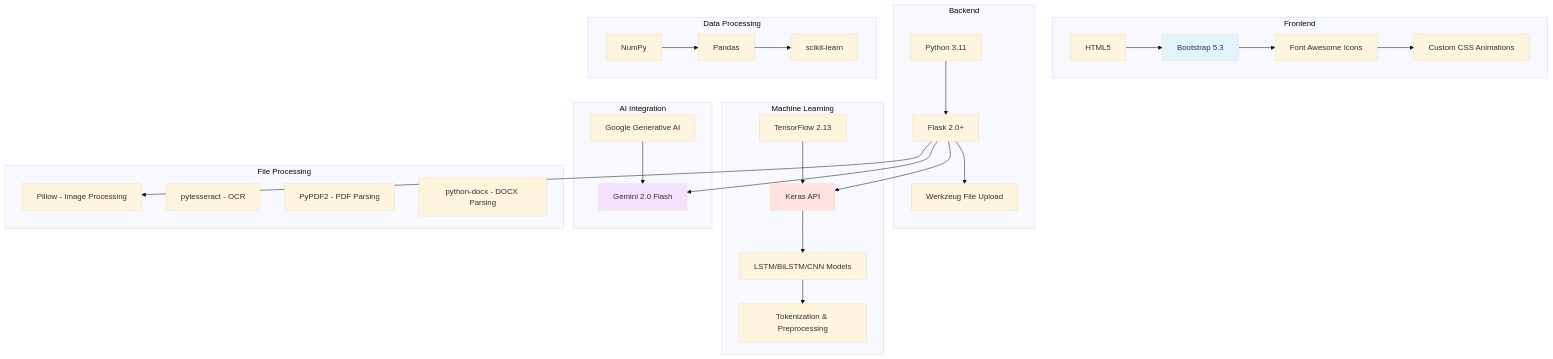
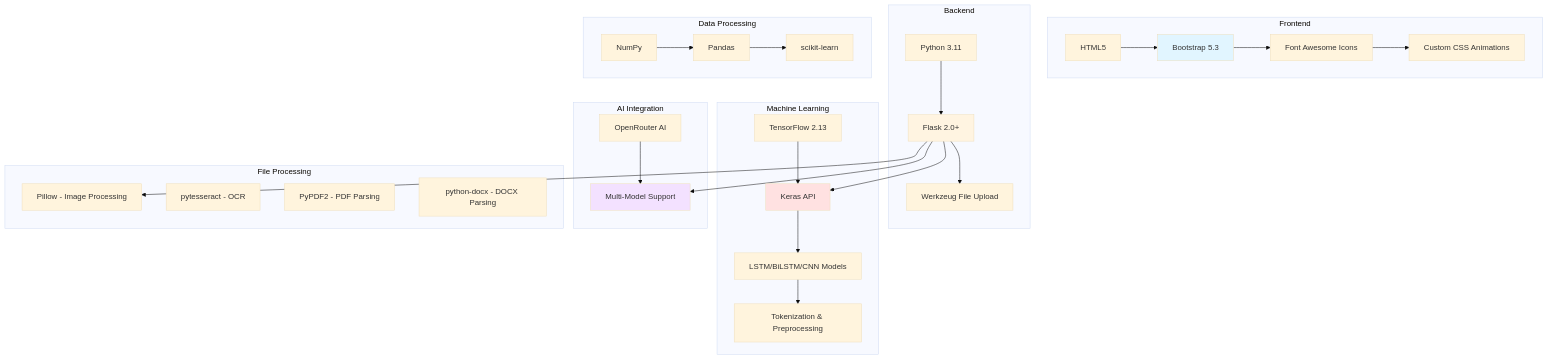
One commit to ubvc04/Spam-Detection changed the ninth of 12 diagrams in README.md. Above: the diagram before and after it, drawn with Mermaid (base theme). The commit also changed other lines of this file and 25 other files, not shown here.

Commit message:
Update project: Add user authentication, history tracking, and OpenRouter verification

````diff
--- a/README.md
+++ b/README.md
@@ -565,44 +565,44 @@
 ```mermaid
 graph TB
     subgraph "Frontend"
         A[HTML5] --> B[Bootstrap 5.3]
         B --> C[Font Awesome Icons]
         C --> D[Custom CSS Animations]
     end
     
     subgraph "Backend"
         E[Python 3.11] --> F[Flask 2.0+]
         F --> G[Werkzeug File Upload]
     end
     
     subgraph "Machine Learning"
         H[TensorFlow 2.13] --> I[Keras API]
         I --> J[LSTM/BiLSTM/CNN Models]
         J --> K[Tokenization & Preprocessing]
     end
     
     subgraph "AI Integration"
-        L[Google Generative AI] --> M[Gemini 2.0 Flash]
+        L[OpenRouter AI] --> M[Multi-Model Support]
     end
     
     subgraph "File Processing"
         N[Pillow - Image Processing]
         O[pytesseract - OCR]
         P[PyPDF2 - PDF Parsing]
         Q[python-docx - DOCX Parsing]
     end
     
     subgraph "Data Processing"
         R[NumPy] --> S[Pandas]
         S --> T[scikit-learn]
     end
     
     F --> I
     F --> M
     F --> N
     
     style B fill:#e1f5ff
     style F fill:#fff4e1
     style I fill:#ffe1e1
     style M fill:#f3e1ff
 ```
````
